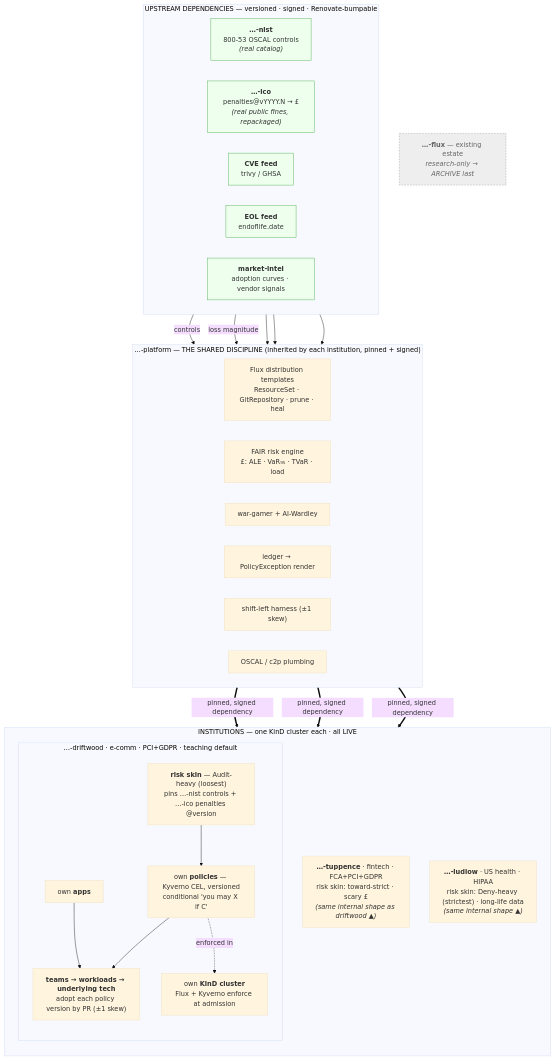
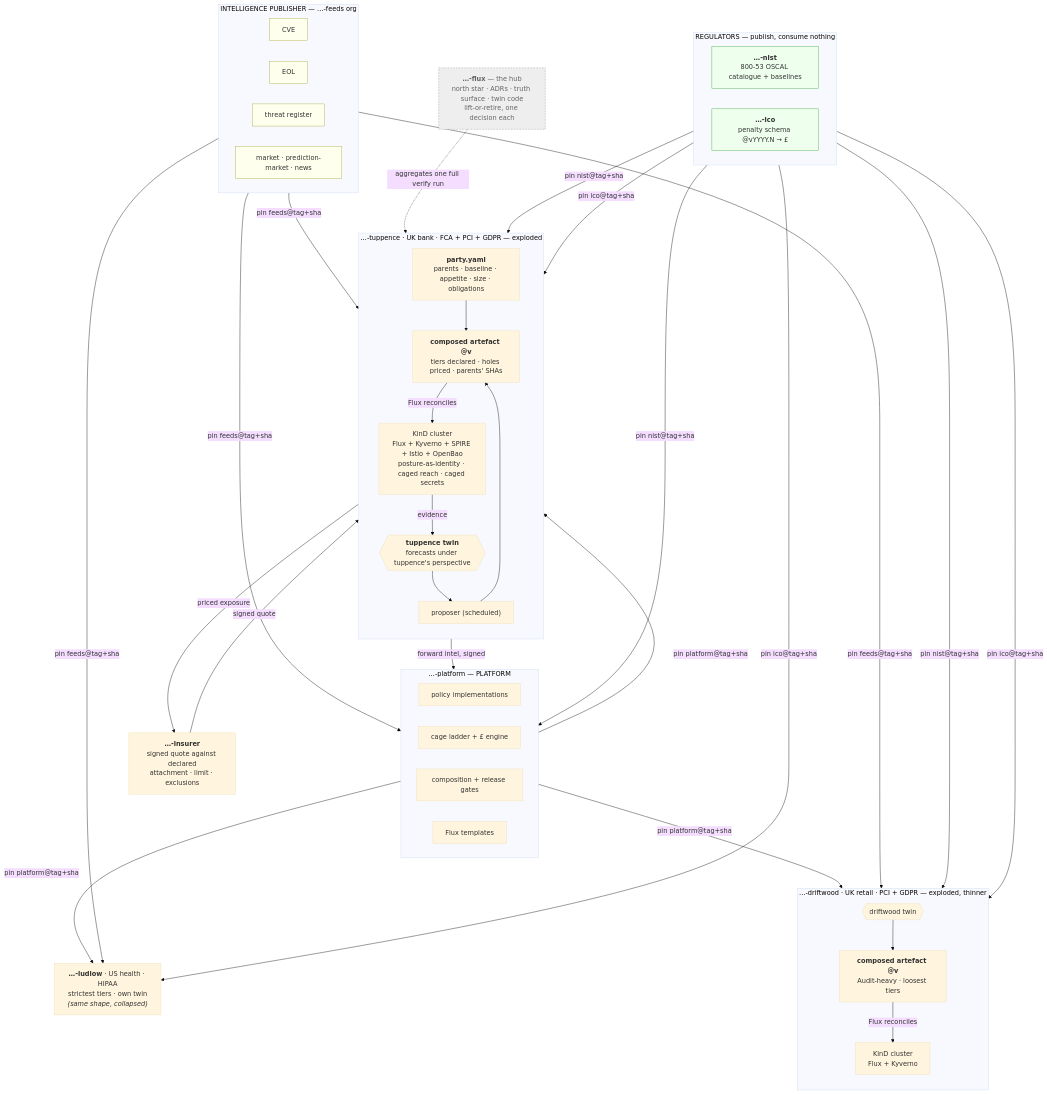
The second of 2 diagrams in .scratch/talk-spec/the-whole-model.md (policy-as-versioned-flux/policy-as-versioned-flux), drawn with Mermaid (base theme) before and after one commit. The commit also changed other lines of this file and 10 other files, not shown here.

First line of the commit message:
ecosystem: resolve ticket 02, the documents of record agree with the north star

````diff
--- a/.scratch/talk-spec/the-whole-model.md
+++ b/.scratch/talk-spec/the-whole-model.md
@@ -119,55 +117,76 @@
 ```mermaid
 flowchart TB
-    subgraph upstreams["UPSTREAM DEPENDENCIES — versioned · signed · Renovate-bumpable"]
+    subgraph regulators["REGULATORS — publish, consume nothing"]
       direction LR
-      nist["<b>…-nist</b><br/>800-53 OSCAL controls<br/><i>(real catalog)</i>"]
-      ico["<b>…-ico</b><br/>penalties@vYYYY.N → £<br/><i>(real public fines, repackaged)</i>"]
-      cve["<b>CVE feed</b><br/>trivy / GHSA"]
-      eol["<b>EOL feed</b><br/>endoflife.date"]
-      market["<b>market-intel</b><br/>adoption curves · vendor signals"]
+      nist["<b>…-nist</b><br/>800-53 OSCAL catalogue + baselines"]
+      ico["<b>…-ico</b><br/>penalty schema @vYYYY.N → £"]
     end
 
-    subgraph platform["…-platform — THE SHARED DISCIPLINE (inherited by each institution, pinned + signed)"]
+    subgraph feedsorg["INTELLIGENCE PUBLISHER — …-feeds org"]
       direction LR
-      fluxt["Flux distribution templates<br/>ResourceSet · GitRepository · prune · heal"]
-      fair["FAIR risk engine<br/>£: ALE · VaR₉₅ · TVaR · load"]
-      wargamer["war-gamer + AI-Wardley"]
-      render["ledger → PolicyException render"]
-      shiftleft["shift-left harness (±1 skew)"]
-      oscal["OSCAL / c2p plumbing"]
+      cve["CVE"]
+      eol["EOL"]
+      threat["threat register"]
+      market["market · prediction-market · news"]
     end
 
-    subgraph institutions["INSTITUTIONS — one KinD cluster each · all LIVE"]
-      direction TB
-      subgraph driftwood["…-driftwood · e-comm · PCI+GDPR · teaching default"]
-        direction TB
-        d_skin["<b>risk skin</b> — Audit-heavy (loosest)<br/>pins …-nist controls + …-ico penalties @version"]
-        d_pol["own <b>policies</b> — Kyverno CEL, versioned<br/>conditional 'you may X if C'"]
-        d_apps["own <b>apps</b>"]
-        d_teams["<b>teams → workloads → underlying tech</b><br/>adopt each policy version by PR (±1 skew)"]
-        d_cluster["own <b>KinD cluster</b><br/>Flux + Kyverno enforce at admission"]
-        d_skin --> d_pol --> d_teams
-        d_apps --> d_teams
-        d_pol -. enforced in .-> d_cluster
-      end
-      tuppence["<b>…-tuppence</b> · fintech · FCA+PCI+GDPR<br/>risk skin: toward-strict · scary £<br/><i>(same internal shape as driftwood ▲)</i>"]
-      ludlow["<b>…-ludlow</b> · US health · HIPAA<br/>risk skin: Deny-heavy (strictest) · long-life data<br/><i>(same internal shape ▲)</i>"]
+    subgraph platform["…-platform — PLATFORM"]
+      direction LR
+      impl["policy implementations"]
+      ladder["cage ladder + £ engine"]
+      gates["composition + release gates"]
+      fluxt["Flux templates"]
     end
 
-    fluxold["<b>…-flux</b> — existing estate<br/><i>research-only → ARCHIVE last</i>"]
+    subgraph tuppence["…-tuppence · UK bank · FCA + PCI + GDPR — exploded"]
+      direction TB
+      t_party["<b>party.yaml</b><br/>parents · baseline · appetite · size · obligations"]
+      t_composed["<b>composed artefact @v</b><br/>tiers declared · holes priced · parents' SHAs"]
+      t_twin{{"<b>tuppence twin</b><br/>forecasts under tuppence's perspective"}}
+      t_proposer["proposer (scheduled)"]
+      t_cluster["KinD cluster<br/>Flux + Kyverno + SPIRE + Istio + OpenBao<br/>posture-as-identity · caged reach · caged secrets"]
+      t_party --> t_composed
+      t_twin --> t_proposer --> t_composed
+      t_composed -->|"Flux reconciles"| t_cluster
+      t_cluster -->|"evidence"| t_twin
+    end
 
-    nist   -->|controls| oscal
-    ico    -->|loss magnitude| fair
-    cve    --> wargamer
-    eol    --> wargamer
-    market --> wargamer
+    subgraph driftwood["…-driftwood · UK retail · PCI + GDPR — exploded, thinner"]
+      direction TB
+      d_composed["<b>composed artefact @v</b><br/>Audit-heavy · loosest tiers"]
+      d_twin{{"driftwood twin"}}
+      d_cluster["KinD cluster<br/>Flux + Kyverno"]
+      d_twin --> d_composed -->|"Flux reconciles"| d_cluster
+    end
 
-    platform ==>|pinned, signed dependency| driftwood
-    platform ==>|pinned, signed dependency| tuppence
-    platform ==>|pinned, signed dependency| ludlow
+    ludlow["<b>…-ludlow</b> · US health · HIPAA<br/>strictest tiers · own twin<br/><i>(same shape, collapsed)</i>"]
 
-    classDef archive fill:#eee,stroke:#999,stroke-dasharray:4 3,color:#666;
-    class fluxold archive;
+    insurer["<b>…-insurer</b><br/>signed quote against declared<br/>attachment · limit · exclusions"]
+
+    hub["<b>…-flux</b> — the hub<br/>north star · ADRs · truth surface · twin code<br/>lift-or-retire, one decision each"]
+
+    nist -->|"pin nist@tag+sha"| platform
+    nist -->|"pin nist@tag+sha"| t_party
+    ico -->|"pin ico@tag+sha"| t_party
+    nist -->|"pin nist@tag+sha"| d_composed
+    ico -->|"pin ico@tag+sha"| d_composed
+    ico -->|"pin ico@tag+sha"| ludlow
+    platform -->|"pin platform@tag+sha"| t_party
+    platform -->|"pin platform@tag+sha"| d_composed
+    platform -->|"pin platform@tag+sha"| ludlow
+    feedsorg -->|"pin feeds@tag+sha"| t_twin
+    feedsorg -->|"pin feeds@tag+sha"| d_twin
+    feedsorg -->|"pin feeds@tag+sha"| ludlow
+    feedsorg -->|"pin feeds@tag+sha"| platform
+    t_twin -->|"forward intel, signed"| platform
+    t_composed -->|"priced exposure"| insurer
+    insurer -->|"signed quote"| t_composed
+    hub -.->|"aggregates one full verify run"| tuppence
+
     classDef reg fill:#efe,stroke:#4a4;
-    class nist,ico,cve,eol,market reg;
+    class nist,ico reg;
+    classDef feed fill:#ffe,stroke:#aa4;
+    class cve,eol,threat,market feed;
+    classDef hubc fill:#eee,stroke:#999,stroke-dasharray:4 3,color:#666;
+    class hub hubc;
 ```
````
